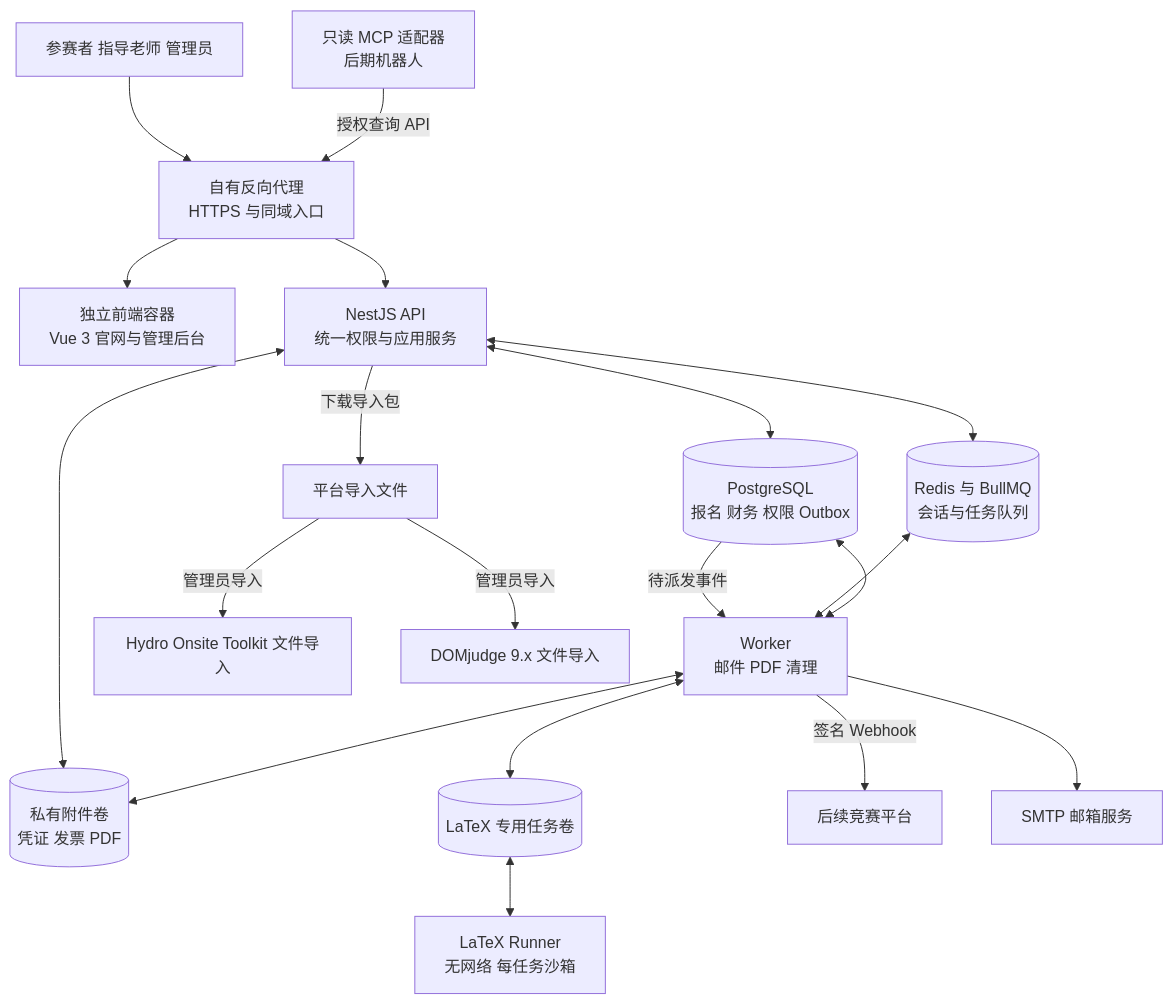
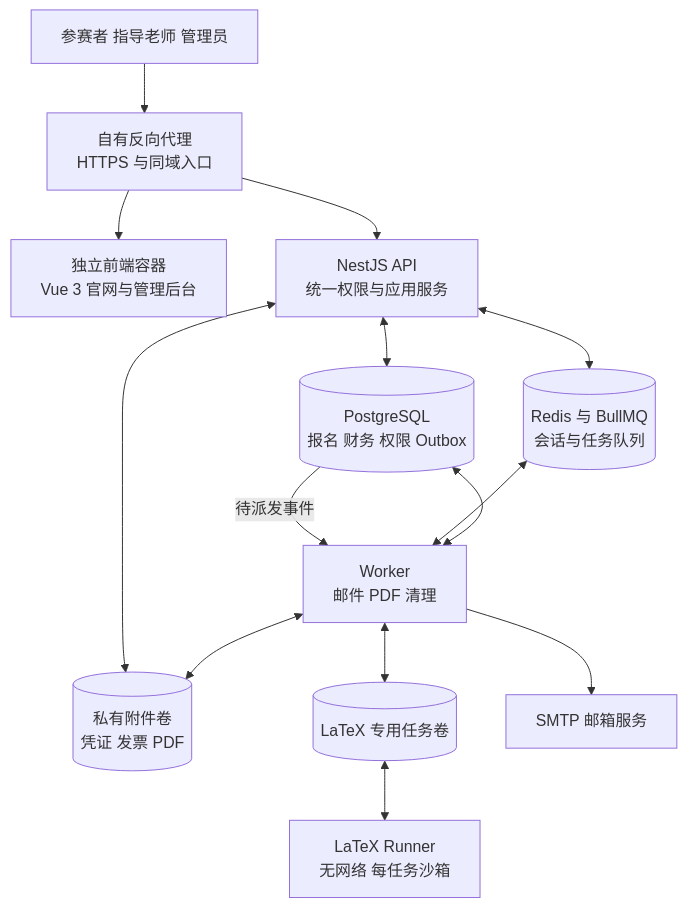
One commit to Albert-Li-Sz/NXOPA-RegSYS changed the first of 3 diagrams in docs/ARCHITECTURE.md. Above: the diagram before and after it, drawn with Mermaid. The commit also changed other lines of this file and 145 other files, not shown here.

````diff
--- a/docs/ARCHITECTURE.md
+++ b/docs/ARCHITECTURE.md
@@ -9,37 +9,28 @@
 ```mermaid
 flowchart TB
     Browser[参赛者 指导老师 管理员]
-    MCP[只读 MCP 适配器\n后期机器人]
     Gateway[自有反向代理\nHTTPS 与同域入口]
     Web[独立前端容器\nVue 3 官网与管理后台]
     API[NestJS API\n统一权限与应用服务]
     PG[(PostgreSQL\n报名 财务 权限 Outbox)]
     Redis[(Redis 与 BullMQ\n会话与任务队列)]
     Files[(私有附件卷\n凭证 发票 PDF)]
     Worker[Worker\n邮件 PDF 清理]
     Spool[(LaTeX 专用任务卷)]
     LaTeX[LaTeX Runner\n无网络 每任务沙箱]
-    Hydro[Hydro Onsite Toolkit 文件导入]
-    DJ[DOMjudge 9.x 文件导入]
-    Partner[后续竞赛平台]
     Mail[SMTP 邮箱服务]
 
     Browser --> Gateway
     Gateway --> Web
     Gateway --> API
-    MCP -->|授权查询 API| Gateway
     API <--> PG
     API <--> Redis
     API <--> Files
     PG -->|待派发事件| Worker
     Redis <--> Worker
     Worker <--> PG
     Worker <--> Files
     Worker <--> Spool
     Spool <--> LaTeX
-    API -->|下载导入包| ImportFiles[平台导入文件]
-    ImportFiles -->|管理员导入| Hydro
-    ImportFiles -->|管理员导入| DJ
-    Worker -->|签名 Webhook| Partner
     Worker --> Mail
 ```
````
